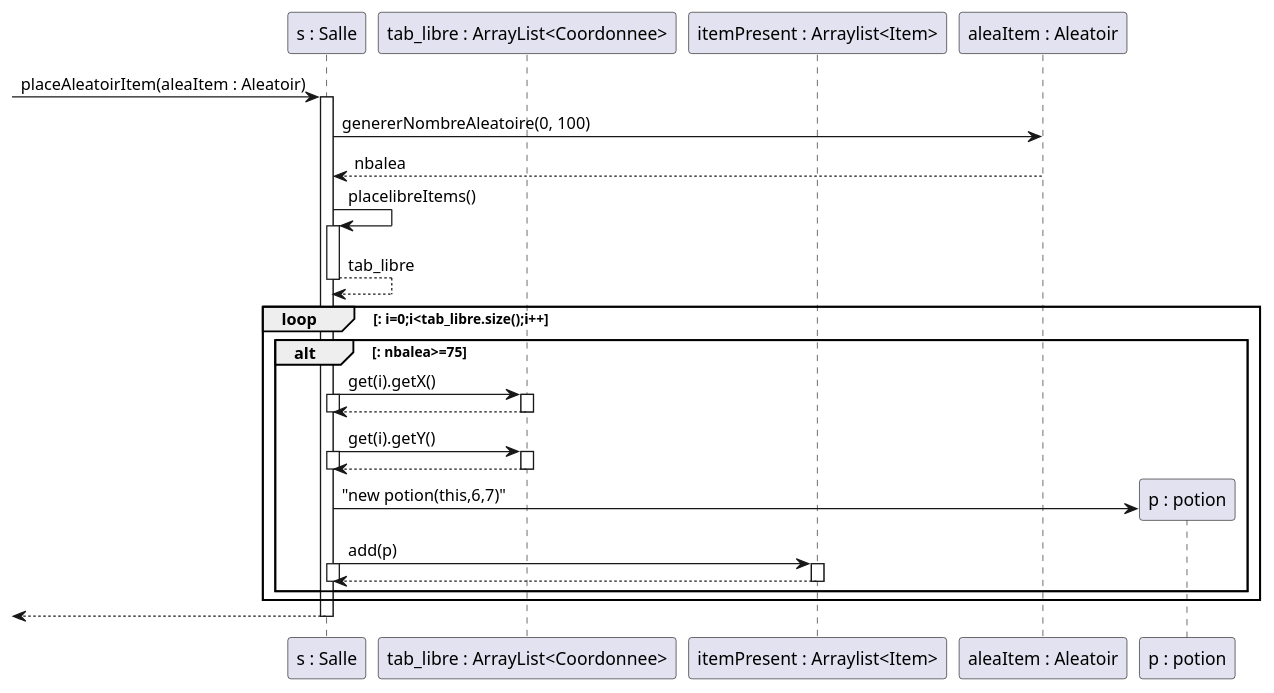
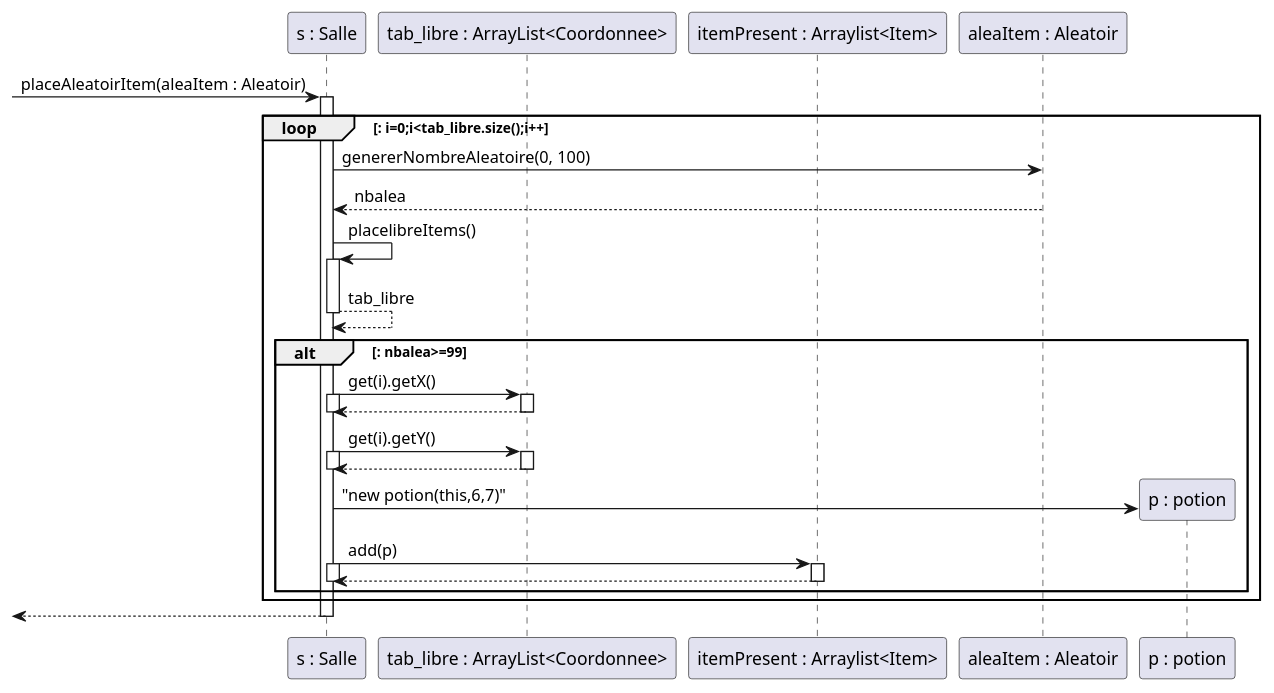
One commit to GeoffroyMuller/2018_COO_Zeldiablo changed the diagram in projet_zeldiablo/sequence_item.puml. Above: the diagram before and after it, drawn with PlantUML. The commit also changed 7 other files, not shown here.

Commit message:
mise a jour diag sequence item

```diff
--- a/projet_zeldiablo/sequence_item.puml
+++ b/projet_zeldiablo/sequence_item.puml
@@ -1,41 +1,43 @@
 @startuml
 Participant "s : Salle" as Salle
 Participant "tab_libre : ArrayList<Coordonnee>" as tab_libre
 Participant "itemPresent : Arraylist<Item>" as itemPresent
 Participant "aleaItem : Aleatoir" as aleaItem
 
+
 -> Salle : placeAleatoirItem(aleaItem : Aleatoir)
+loop : i=0;i<tab_libre.size();i++
 activate Salle
 Salle -> aleaItem : genererNombreAleatoire(0, 100)
 aleaItem --> Salle : nbalea
 Salle -> Salle : placelibreItems()
 activate Salle
 Salle --> Salle : tab_libre
 deactivate Salle
-loop : i=0;i<tab_libre.size();i++
-alt : nbalea>=75
+
+alt : nbalea>=99
 Salle -> tab_libre : get(i).getX()
 activate Salle
 activate tab_libre
 tab_libre --> Salle
 deactivate tab_libre
 deactivate Salle
 Salle -> tab_libre : get(i).getY()
 activate Salle
 activate tab_libre
 tab_libre --> Salle
 deactivate tab_libre
 deactivate Salle
 create "p : potion" as potion
 Salle -> potion : "new potion(this,6,7)"
 Salle -> itemPresent : add(p)
 activate Salle
 activate itemPresent
 Salle <-- itemPresent
 deactivate itemPresent
 deactivate Salle
 end
 end
 <-- Salle
 deactivate Salle
 @enduml
```
